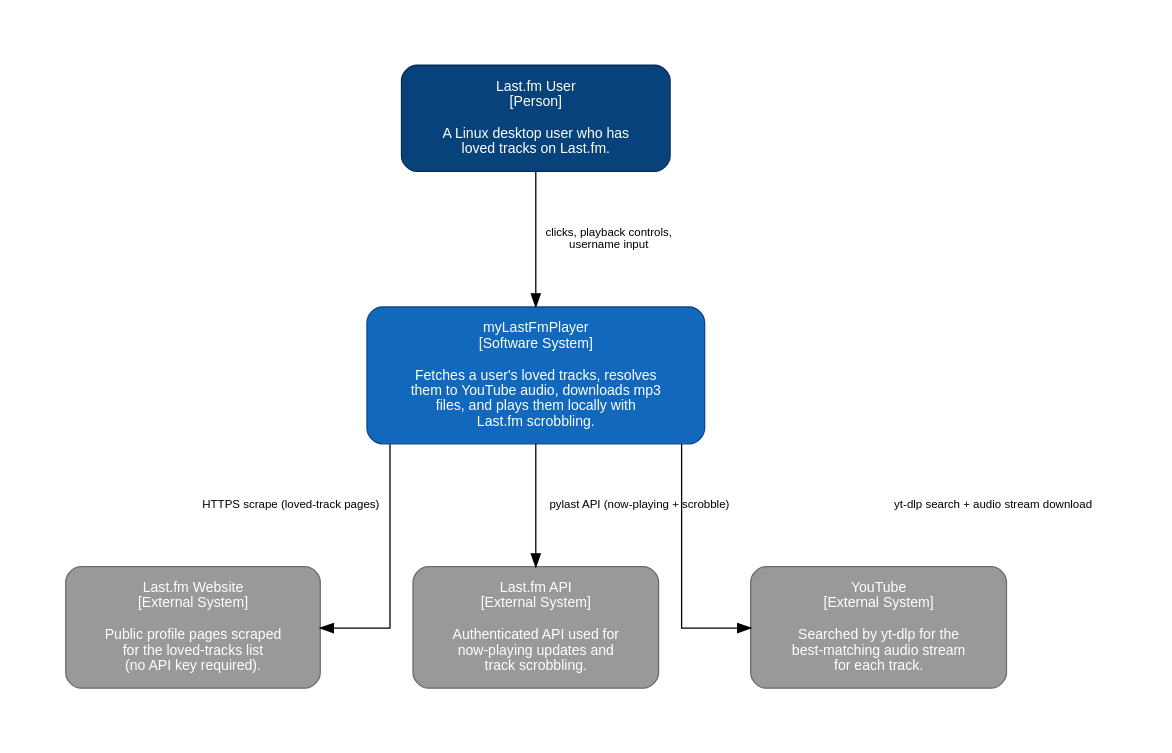
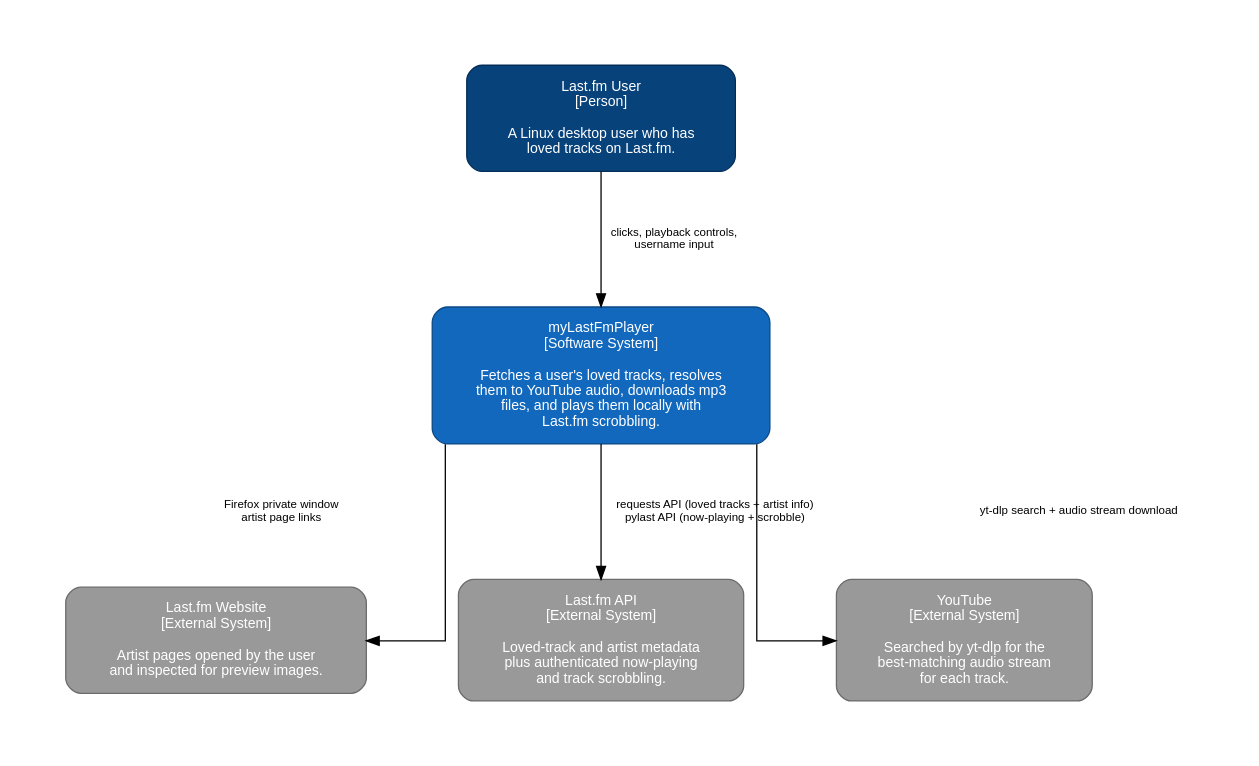
The first of 5 diagrams in docs/architecture.rst (marcelpetrick/myLastFmPlayer), drawn with Graphviz before and after one commit. The commit also changed other lines of this file and 9 other files, not shown here.

Commit message:
docs(architecture): refresh documentation diagrams (v0.0.136)

```diff
--- a/docs/architecture.rst
+++ b/docs/architecture.rst
@@ -17,33 +17,33 @@
 .. graphviz::
    :caption: System context — myLastFmPlayer in its environment
 
    digraph system_context {
        graph [rankdir=TB, splines=ortho, pad=0.6, nodesep=1.0, ranksep=1.2];
        node [fontname="Helvetica", fontsize=11, margin="0.3,0.15"];
        edge [fontname="Helvetica", fontsize=9];
 
        user [label="Last.fm User\n[Person]\n\nA Linux desktop user who has\nloved tracks on Last.fm.",
              shape=box, style="rounded,filled",
              fillcolor="#08427b", fontcolor=white, color="#052e56"];
 
        app [label="myLastFmPlayer\n[Software System]\n\nFetches a user's loved tracks, resolves\nthem to YouTube audio, downloads mp3\nfiles, and plays them locally with\nLast.fm scrobbling.",
             shape=box, style="rounded,filled",
             fillcolor="#1168bd", fontcolor=white, color="#0b4884"];
 
-       lastfm_web [label="Last.fm Website\n[External System]\n\nPublic profile pages scraped\nfor the loved-tracks list\n(no API key required).",
+       lastfm_web [label="Last.fm Website\n[External System]\n\nArtist pages opened by the user\nand inspected for preview images.",
                    shape=box, style="rounded,filled",
                    fillcolor="#999999", fontcolor=white, color="#6b6b6b"];
 
-       lastfm_api [label="Last.fm API\n[External System]\n\nAuthenticated API used for\nnow-playing updates and\ntrack scrobbling.",
+       lastfm_api [label="Last.fm API\n[External System]\n\nLoved-track and artist metadata\nplus authenticated now-playing\nand track scrobbling.",
                    shape=box, style="rounded,filled",
                    fillcolor="#999999", fontcolor=white, color="#6b6b6b"];
 
        youtube [label="YouTube\n[External System]\n\nSearched by yt-dlp for the\nbest-matching audio stream\nfor each track.",
                 shape=box, style="rounded,filled",
                 fillcolor="#999999", fontcolor=white, color="#6b6b6b"];
 
        user -> app       [label="clicks, playback controls,\nusername input"];
-       app -> lastfm_web [label="HTTPS scrape (loved-track pages)"];
-       app -> lastfm_api [label="pylast API (now-playing + scrobble)"];
+       app -> lastfm_api [label="requests API (loved tracks + artist info)\npylast API (now-playing + scrobble)"];
+       app -> lastfm_web [label="Firefox private window\nartist page links"];
        app -> youtube    [label="yt-dlp search + audio stream download"];
    }
```
